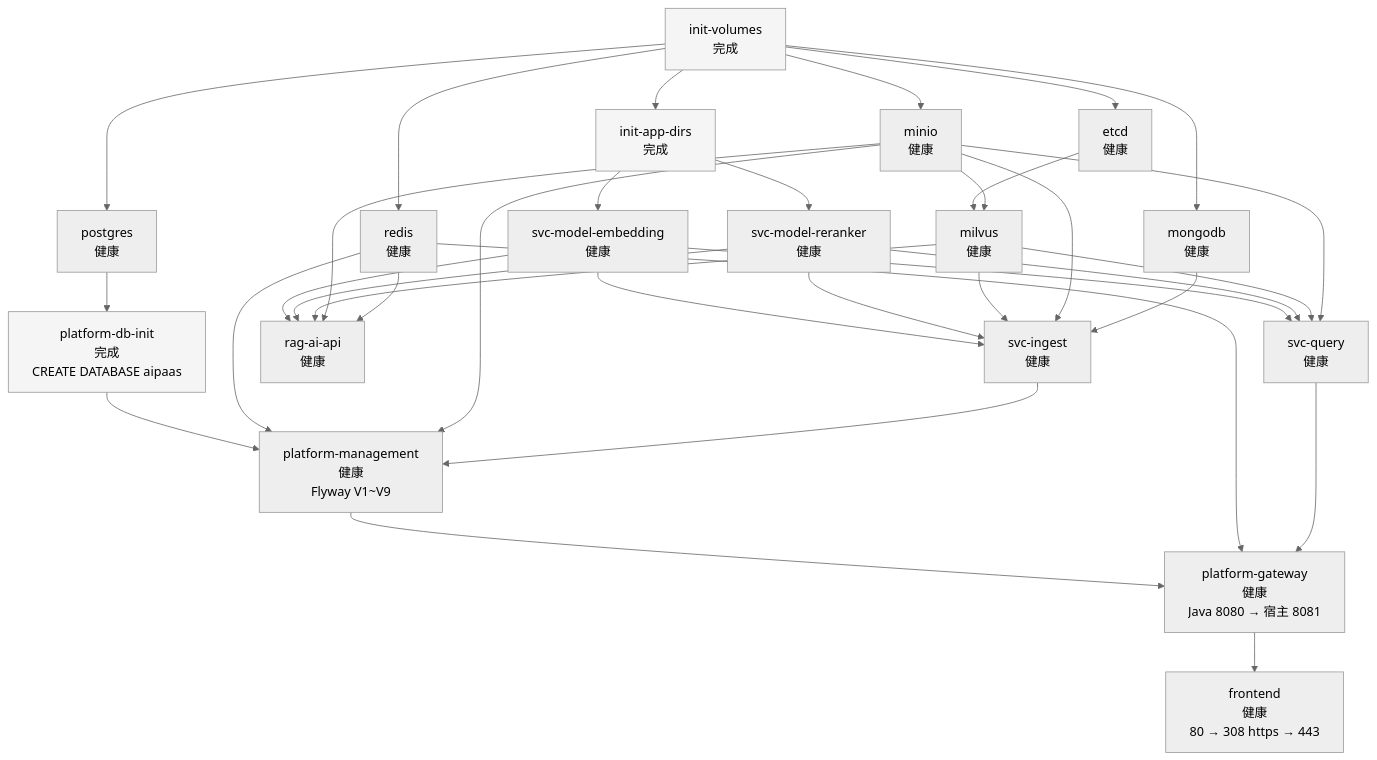
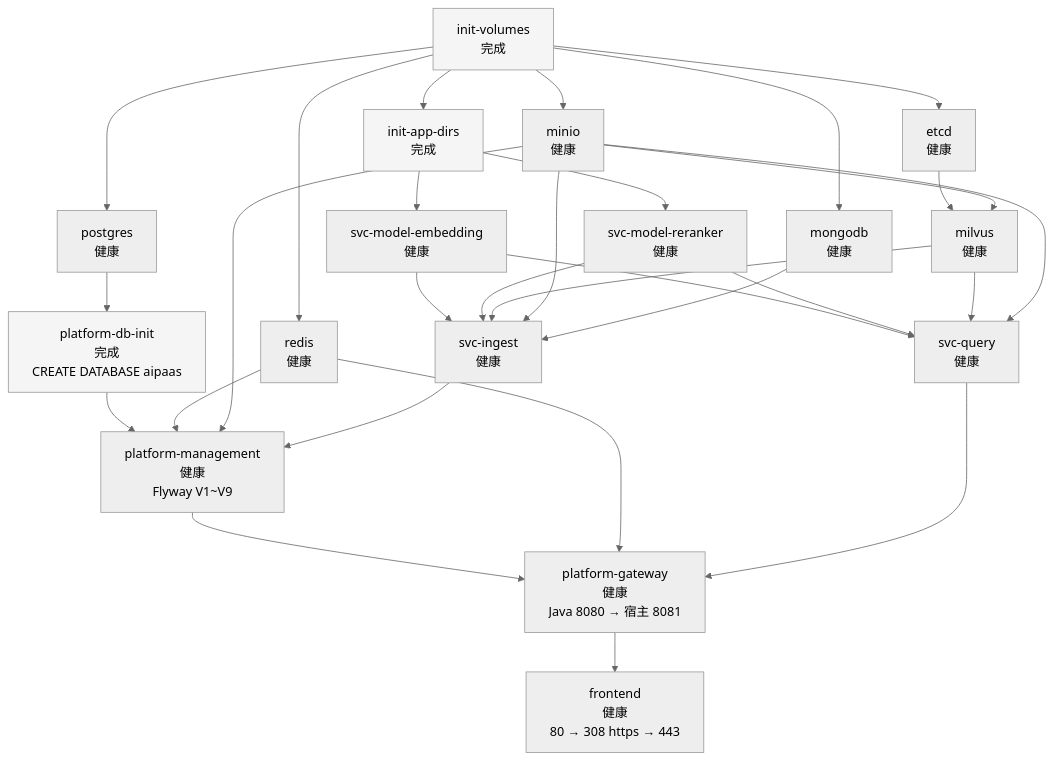
Before and after one commit to aiworld0927/aipaas: the first of 2 diagrams in docs/02_架构设计/04_部署架构.md, drawn with Mermaid (neutral theme). The commit also changed other lines of this file and 75 other files, not shown here.

````diff
--- a/docs/02_架构设计/04_部署架构.md
+++ b/docs/02_架构设计/04_部署架构.md
@@ -109,30 +108,29 @@
 ```mermaid
 flowchart TD
     A[init-volumes<br/>完成] --> B[etcd<br/>健康]
     A --> C[minio<br/>健康]
     A --> D[postgres<br/>健康]
     A --> E[redis<br/>健康]
     A --> F[mongodb<br/>健康]
 
     B & C --> G[milvus<br/>健康]
 
     A --> H[init-app-dirs<br/>完成]
     H --> I[svc-model-embedding<br/>健康]
     H --> J[svc-model-reranker<br/>健康]
 
     I & J & G & C & F --> K[svc-ingest<br/>健康]
     I & J & G & C --> L[svc-query<br/>健康]
-    I & J & G & C & E --> M[rag-ai-api<br/>健康]
 
     D --> N[platform-db-init<br/>完成<br/>CREATE DATABASE aipaas]
 
     N & E & C & K --> O[platform-management<br/>健康<br/>Flyway V1~V9]
 
     O & E & L --> P[platform-gateway<br/>健康<br/>Java 8080 → 宿主 8081]
 
     P --> Q[frontend<br/>健康<br/>80 → 308 https → 443]
 
     style A fill:#f5f5f5
     style H fill:#f5f5f5
     style N fill:#f5f5f5
 ```
````
